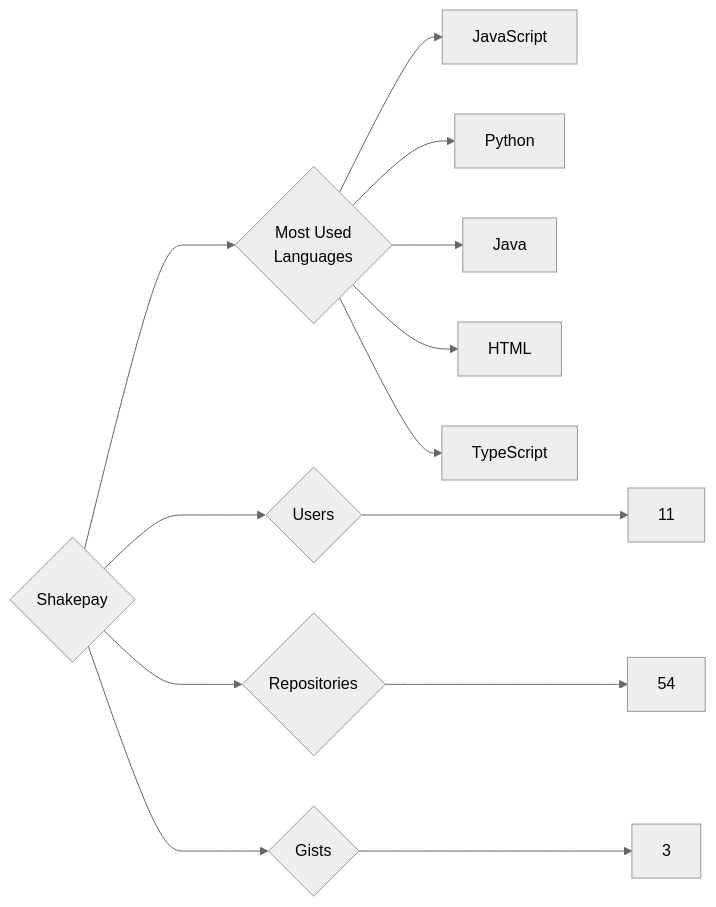
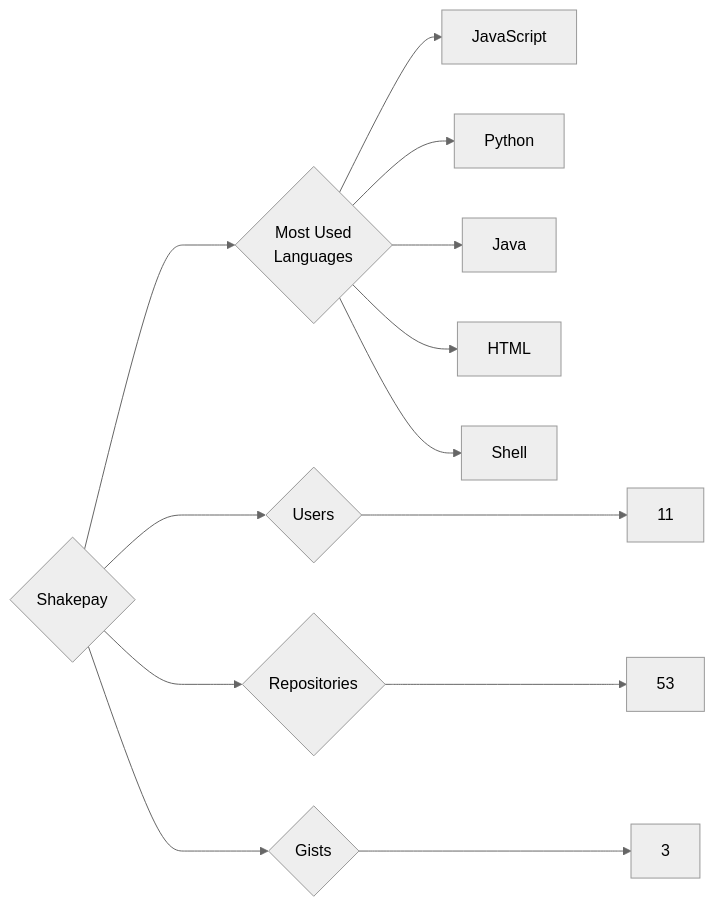
The diagram in targets/Shakepay/README.md (trickest/insiders), drawn with Mermaid (neutral theme) before and after one commit. The commit also changed 970 other files, not shown here.

````diff
--- a/targets/Shakepay/README.md
+++ b/targets/Shakepay/README.md
@@ -3,13 +3,13 @@
 ```mermaid
 graph LR
 COMPANY_NAME{Shakepay}
 COMPANY_NAME ---> U{Users} ---> UN[11]
-COMPANY_NAME ---> R{Repositories} ---> RN[54]
+COMPANY_NAME ---> R{Repositories} ---> RN[53]
 COMPANY_NAME ---> G{Gists} ---> GN[3]
 COMPANY_NAME ---> ML{Most Used<br>Languages}
 ML --> JavaScript[JavaScript]
 ML --> Python[Python]
 ML --> Java[Java]
 ML --> HTML[HTML]
-ML --> TypeScript[TypeScript]
+ML --> Shell[Shell]
 ```
````
